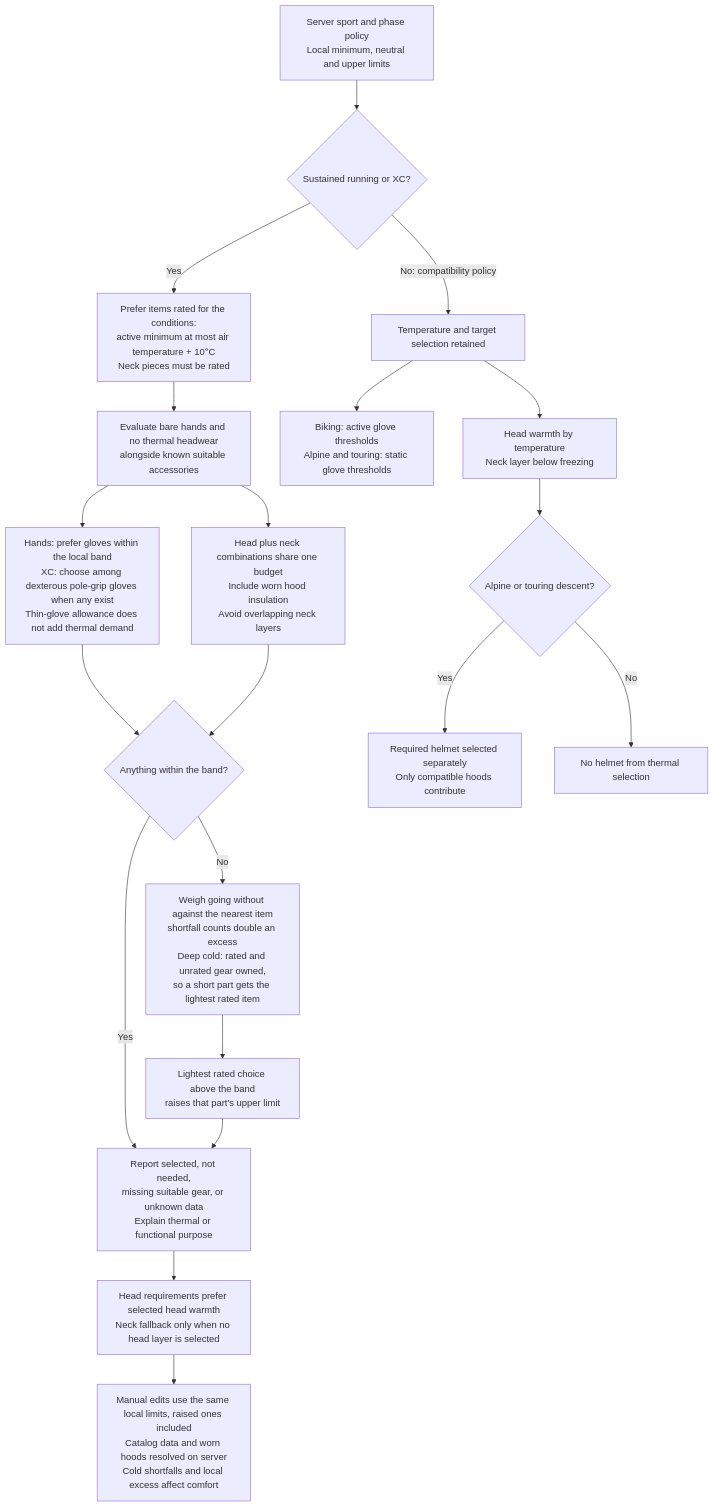
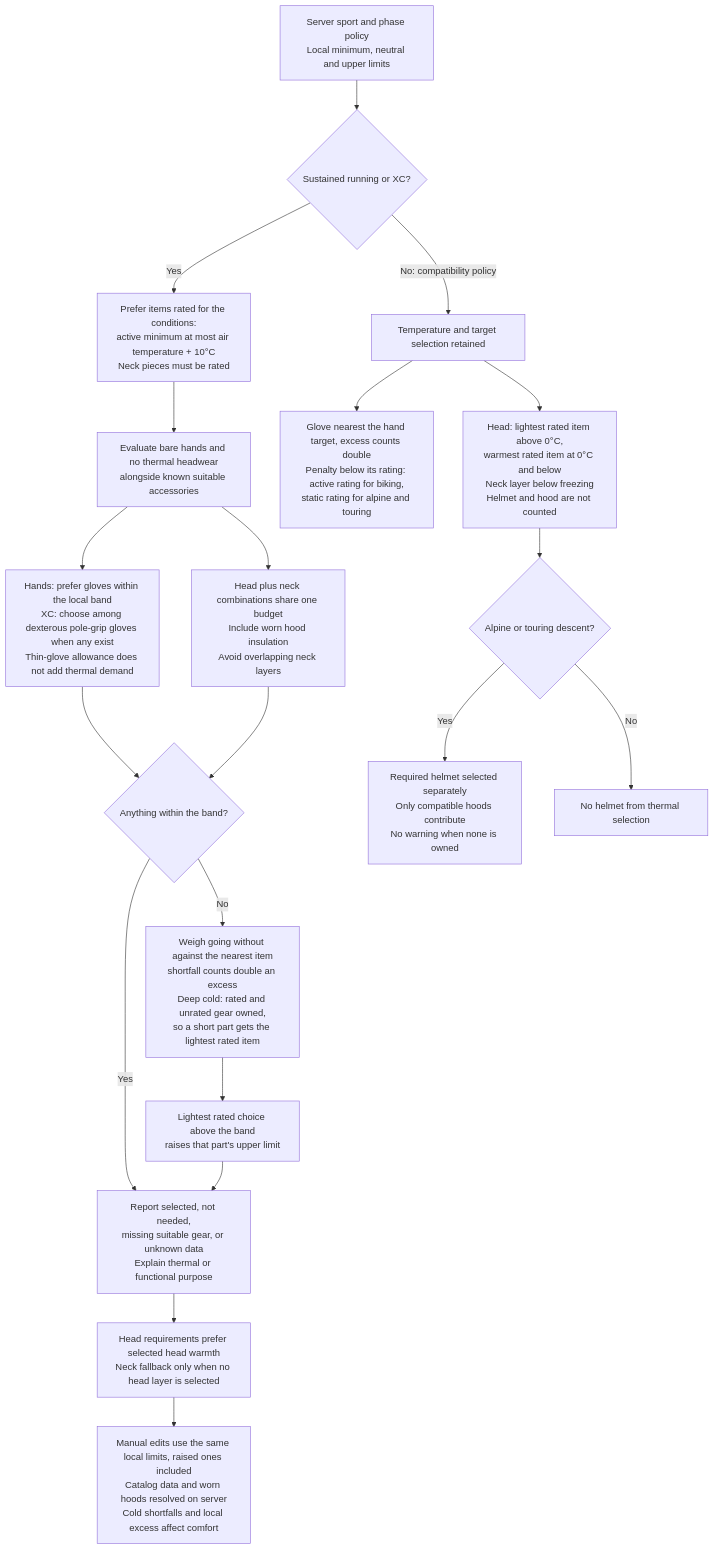
One commit to derobertsw/swttr changed the sixth of 7 diagrams in README.md. Above: the diagram before and after it, drawn with Mermaid. The commit also changed other lines of this file and 5 other files, not shown here.

````diff
--- a/README.md
+++ b/README.md
@@ -276,22 +280,22 @@
 ```mermaid
 graph TD
     EXT[Server sport and phase policy<br/>Local minimum, neutral and upper limits] --> MODE{Sustained running or XC?}
     MODE -->|Yes| RATED[Prefer items rated for the conditions:<br/>active minimum at most air temperature + 10°C<br/>Neck pieces must be rated]
     RATED --> BARE[Evaluate bare hands and no thermal headwear<br/>alongside known suitable accessories]
     BARE --> HAND[Hands: prefer gloves within the local band<br/>XC: choose among dexterous pole-grip gloves when any exist<br/>Thin-glove allowance does not add thermal demand]
     BARE --> HEAD[Head plus neck combinations share one budget<br/>Include worn hood insulation<br/>Avoid overlapping neck layers]
     HAND --> FIT{Anything within the band?}
     HEAD --> FIT
     FIT -->|No| NEAREST[Weigh going without against the nearest item<br/>shortfall counts double an excess<br/>Deep cold: rated and unrated gear owned,<br/>so a short part gets the lightest rated item]
     NEAREST --> LIMIT[Lightest rated choice above the band<br/>raises that part's upper limit]
     FIT -->|Yes| STATE
     LIMIT --> STATE[Report selected, not needed,<br/>missing suitable gear, or unknown data<br/>Explain thermal or functional purpose]
     STATE --> MATCH[Head requirements prefer selected head warmth<br/>Neck fallback only when no head layer is selected]
     MATCH --> EDIT[Manual edits use the same local limits, raised ones included<br/>Catalog data and worn hoods resolved on server<br/>Cold shortfalls and local excess affect comfort]
     MODE -->|No: compatibility policy| LEGACY[Temperature and target selection retained]
-    LEGACY --> LHAND[Biking: active glove thresholds<br/>Alpine and touring: static glove thresholds]
-    LEGACY --> LHEAD[Head warmth by temperature<br/>Neck layer below freezing]
+    LEGACY --> LHAND[Glove nearest the hand target, excess counts double<br/>Penalty below its rating: active rating for biking,<br/>static rating for alpine and touring]
+    LEGACY --> LHEAD[Head: lightest rated item above 0°C,<br/>warmest rated item at 0°C and below<br/>Neck layer below freezing<br/>Helmet and hood are not counted]
     LHEAD --> HELMET{Alpine or touring descent?}
-    HELMET -->|Yes| REQUIRED[Required helmet selected separately<br/>Only compatible hoods contribute]
+    HELMET -->|Yes| REQUIRED[Required helmet selected separately<br/>Only compatible hoods contribute<br/>No warning when none is owned]
     HELMET -->|No| NOHELMET[No helmet from thermal selection]
 ```
````
